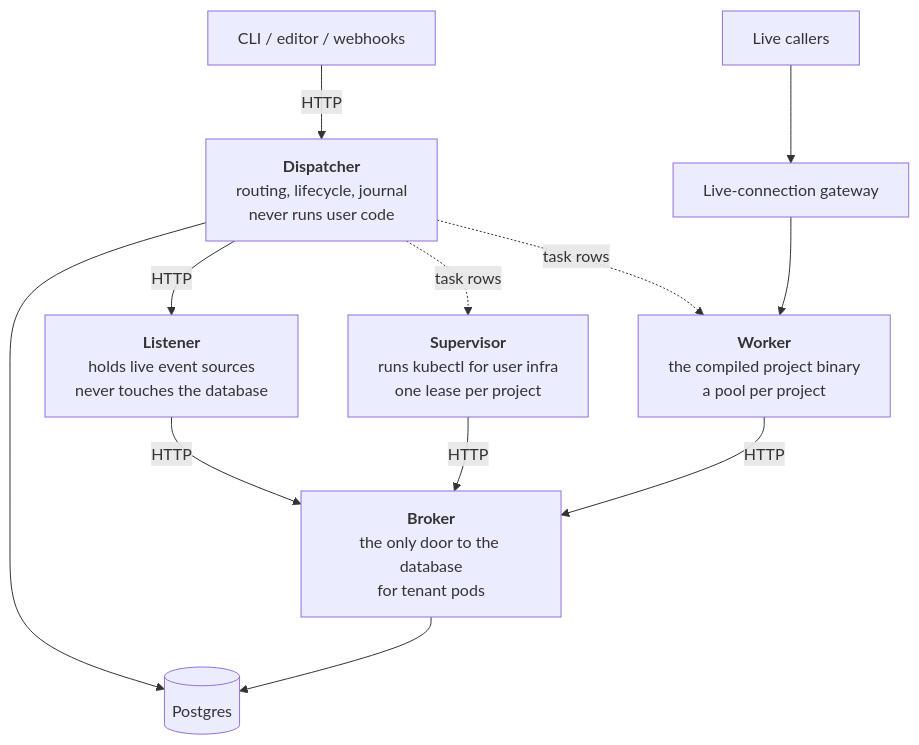
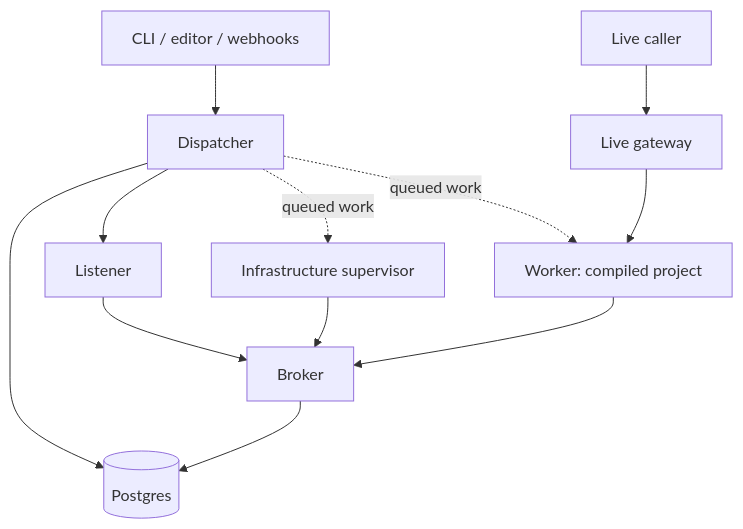
The diagram in docs/src/running/architecture.md (WeaveMindAI/weft), drawn with Mermaid before and after one commit. The commit also changed other lines of this file and 112 other files, not shown here.

````diff
--- a/docs/src/running/architecture.md
+++ b/docs/src/running/architecture.md
@@ -7,14 +9,13 @@
 ```mermaid
 flowchart TD
-    CLI["CLI / editor / webhooks"] -->|HTTP| D
-    D["<b>Dispatcher</b><br/>routing, lifecycle, journal<br/>never runs user code"]
-    D -->|HTTP| L["<b>Listener</b><br/>holds live event sources<br/>never touches the database"]
-    D -.->|"task rows"| S["<b>Supervisor</b><br/>runs kubectl for user infra<br/>one lease per project"]
-    D -.->|"task rows"| W["<b>Worker</b><br/>the compiled project binary<br/>a pool per project"]
-    Caller["Live callers"] --> G["Live-connection gateway"] --> W
-    L -->|HTTP| B
-    S -->|HTTP| B
-    W -->|HTTP| B["<b>Broker</b><br/>the only door to the database<br/>for tenant pods"]
+    UI["CLI / editor / webhooks"] --> D["Dispatcher"]
+    D --> L["Listener"]
+    D -.->|"queued work"| S["Infrastructure supervisor"]
+    D -.->|"queued work"| W["Worker: compiled project"]
+    C["Live caller"] --> G["Live gateway"] --> W
+    L --> B["Broker"]
+    S --> B
+    W --> B
     D --> PG[("Postgres")]
     B --> PG
 ```
````
